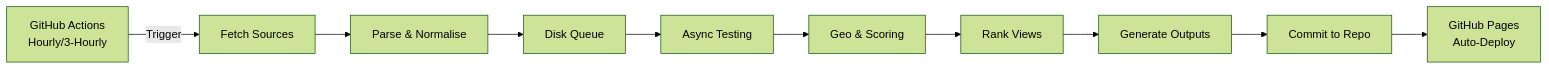
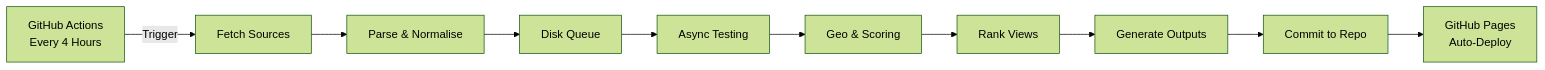
The diagram in README.md (AmirrezaFarnamTaheri/ConfigStream), drawn with Mermaid (forest theme) before and after one commit. The commit also changed other lines of this file and 10 other files, not shown here.

````diff
--- a/README.md
+++ b/README.md
@@ -58,12 +58,12 @@
 ```mermaid
 graph LR
-    A[GitHub Actions<br/>Hourly/3-Hourly] -->|Trigger| B[Fetch Sources]
+    A[GitHub Actions<br/>Every 4 Hours] -->|Trigger| B[Fetch Sources]
     B --> C[Parse & Normalise]
     C --> D[Disk Queue]
     D --> E[Async Testing]
     E --> F[Geo & Scoring]
     F --> G[Rank Views]
     G --> H[Generate Outputs]
     H --> I[Commit to Repo]
     I --> J[GitHub Pages<br/>Auto-Deploy]
 ```
````
